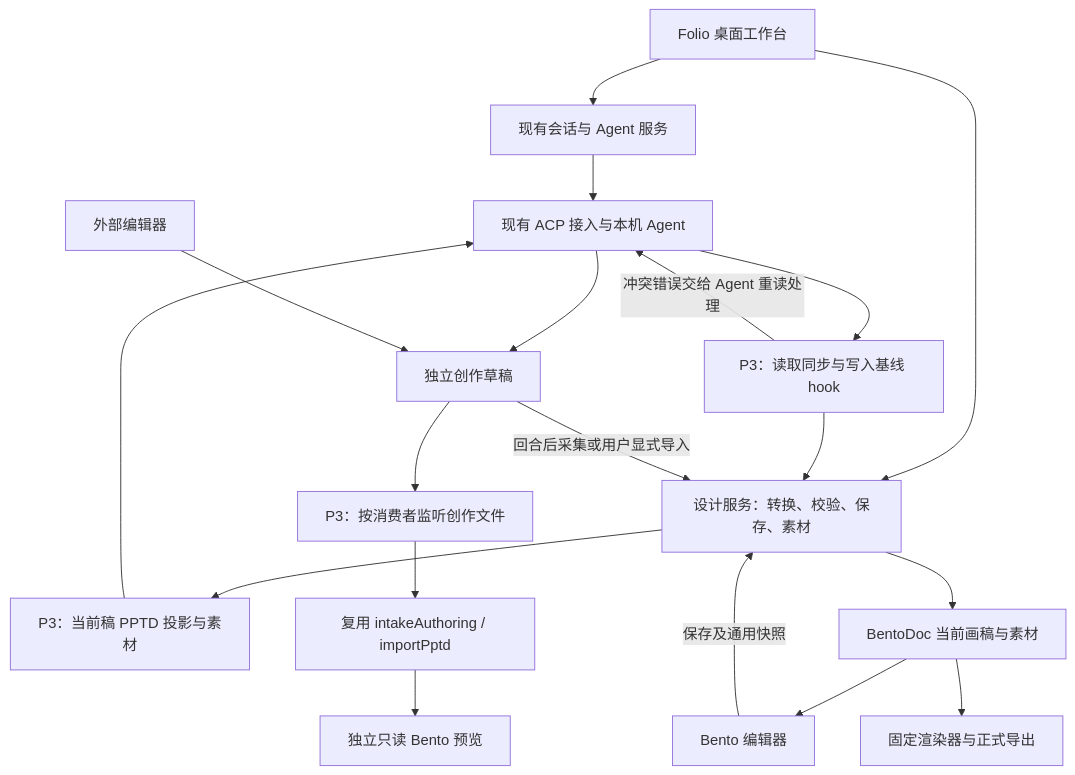
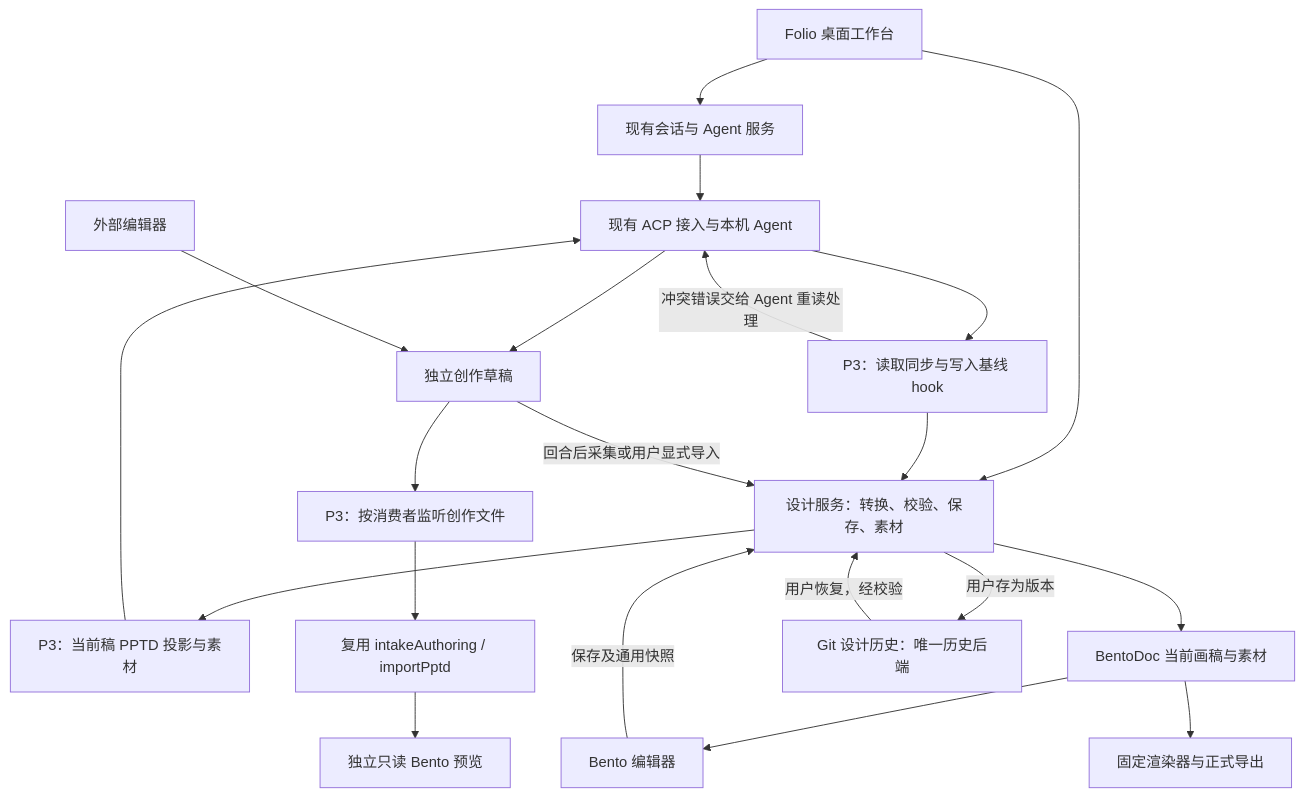
Before and after one commit to LeonEthan/Folio: the diagram in .agents/notes/proposed/architecture/2026-09-09-graphic-design-platform.zh.md, drawn with Mermaid. The commit also changed other lines of this file and 11 other files, not shown here.

````diff
--- a/.agents/notes/proposed/architecture/2026-09-09-graphic-design-platform.zh.md
+++ b/.agents/notes/proposed/architecture/2026-09-09-graphic-design-platform.zh.md
@@ -126,21 +133,23 @@
 ```mermaid
 flowchart TD
   UI[Folio 桌面工作台] --> CHAT[现有会话与 Agent 服务]
   UI --> DESIGN[设计服务：转换、校验、保存、素材]
   CHAT --> CLI[现有 ACP 接入与本机 Agent]
   CLI --> HOOK[P3：读取同步与写入基线 hook]
   HOOK --> DESIGN
   DESIGN --> PROJECTION[P3：当前稿 PPTD 投影与素材]
   PROJECTION --> CLI
   CLI --> DRAFT[独立创作草稿]
   EXTERNAL[外部编辑器] --> DRAFT
   DRAFT --> WATCH[P3：按消费者监听创作文件]
   WATCH --> INTAKE[复用 intakeAuthoring / importPptd]
   INTAKE --> PREVIEW[独立只读 Bento 预览]
   DRAFT -->|回合后采集或用户显式导入| DESIGN
   HOOK -->|冲突错误交给 Agent 重读处理| CLI
   DESIGN --> DOC[BentoDoc 当前画稿与素材]
+  DESIGN -->|用户存为版本| HISTORY[Git 设计历史：唯一历史后端]
+  HISTORY -->|用户恢复，经校验| DESIGN
   DOC --> EDITOR[Bento 编辑器]
   EDITOR -->|保存及通用快照| DESIGN
   DOC --> RENDER[固定渲染器与正式导出]
 ```
````
